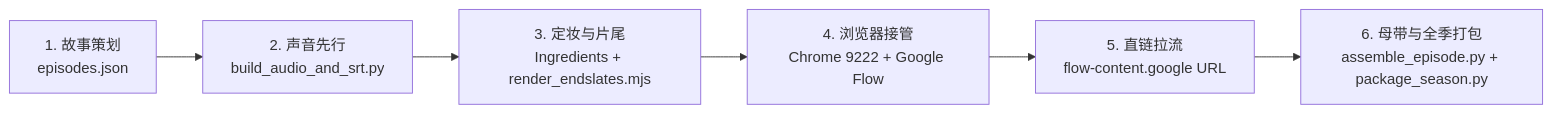
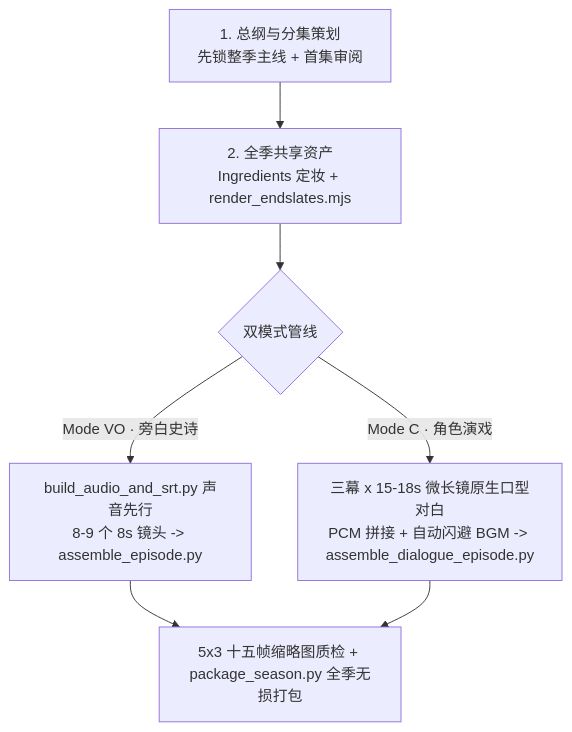
Before and after one commit to baryon/google-flow-story-video: the diagram in README.md, drawn with Mermaid. The commit also changed other lines of this file and 6 other files, not shown here.

Commit message:
feat: unify Mode VO & Mode C architecture, add dialogue assembly script and QA contact sheet

````diff
--- a/README.md
+++ b/README.md
@@ -7,8 +7,9 @@
 ```mermaid
-flowchart LR
-  A["1. 故事策划\nepisodes.json"] --> B["2. 声音先行\nbuild_audio_and_srt.py"]
-  B --> C["3. 定妆与片尾\nIngredients + render_endslates.mjs"]
-  C --> D["4. 浏览器接管\nChrome 9222 + Google Flow"]
-  D --> E["5. 直链拉流\nflow-content.google URL"]
-  E --> F["6. 母带与全季打包\nassemble_episode.py + package_season.py"]
+flowchart TD
+  Plan["1. 总纲与分集策划\n先锁整季主线 + 首集审阅"] --> Assets["2. 全季共享资产\nIngredients 定妆 + render_endslates.mjs"]
+  Assets --> Mode{"双模式管线"}
+  Mode -->|"Mode VO · 旁白史诗"| VO["build_audio_and_srt.py 声音先行\n8-9 个 8s 镜头 -> assemble_episode.py"]
+  Mode -->|"Mode C · 角色演戏"| MC["三幕 x 15-18s 微长镜原生口型对白\nPCM 拼接 + 自动闪避 BGM -> assemble_dialogue_episode.py"]
+  VO --> Pack["5x3 十五帧缩略图质检 + package_season.py 全季无损打包"]
+  MC --> Pack
 ```
````
